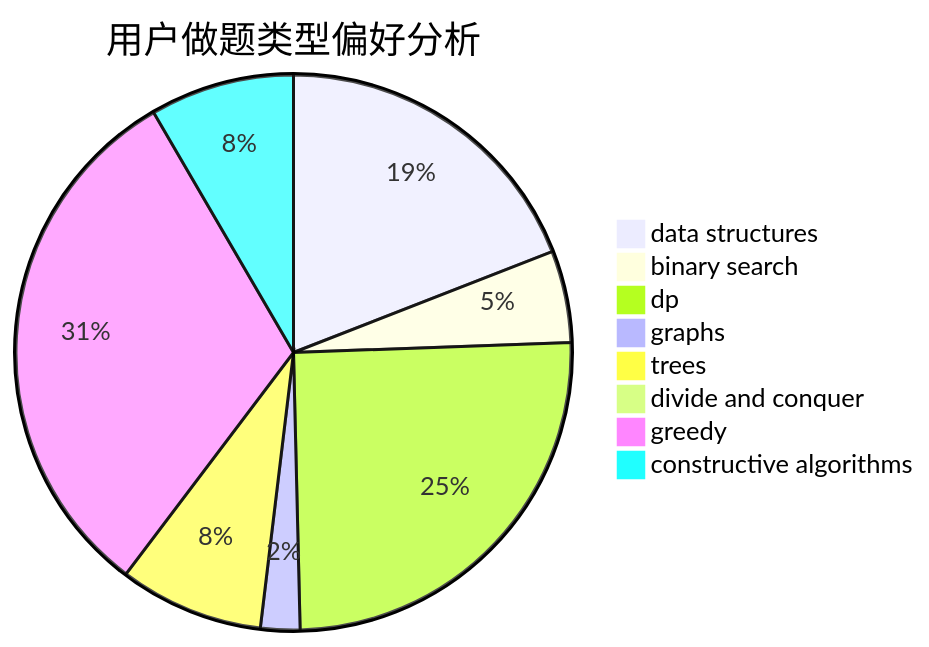
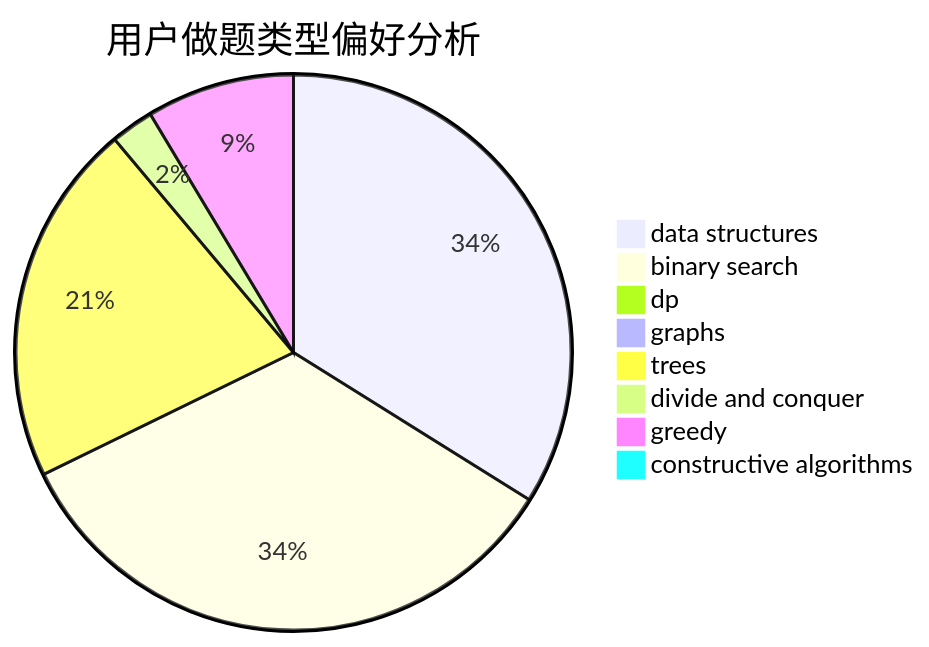
The second of 3 diagrams in docs/user/u1016.md (sherpahu/cfrs.github.io), drawn with Mermaid before and after one commit. The commit also changed other lines of this file and 2770 other files, not shown here.

````diff
--- a/docs/user/u1016.md
+++ b/docs/user/u1016.md
@@ -23,11 +23,11 @@
 ```mermaid
 pie title 用户做题类型偏好分析
-    "data structures" :  25
-    "binary search" :  7
-    "dp" :  33
-    "graphs" :  3
-    "trees" :  11
-    "divide and conquer" :  0
-    "greedy" :  41
-    "constructive algorithms" :  11
+    "data structures" :  122
+    "binary search" :  122
+    "dp" :  2
+    "graphs" :  0
+    "trees" :  76
+    "divide and conquer" :  9
+    "greedy" :  31
+    "constructive algorithms" :  0
 ```
````
